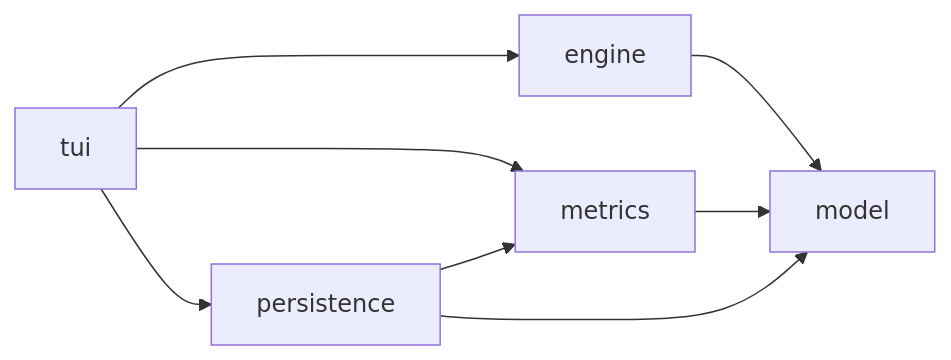
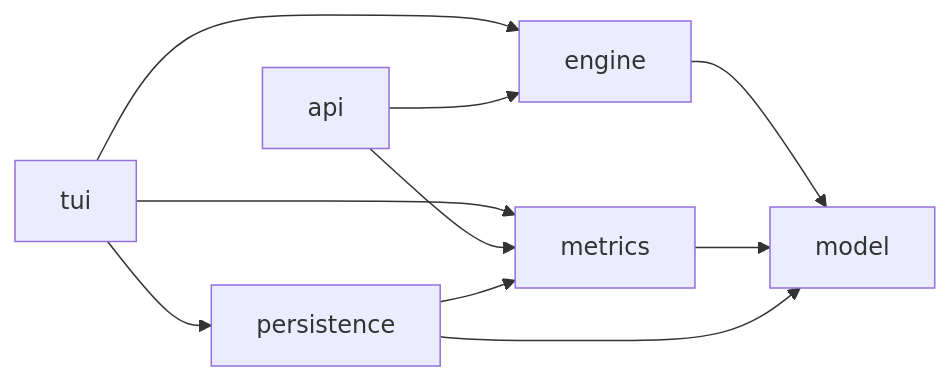
Before and after one commit to binaryphile/sofdevsim-2026: the fourth of 8 diagrams in docs/design.md, drawn with Mermaid. The commit also changed other lines of this file and 4 other files, not shown here.

````diff
--- a/docs/design.md
+++ b/docs/design.md
@@ -239,10 +251,12 @@
 ```mermaid
 graph LR
     tui --> engine
     tui --> metrics
     tui --> persistence
+    api --> engine
+    api --> metrics
     engine --> model
     metrics --> model
     persistence --> model
     persistence --> metrics
 ```
````
